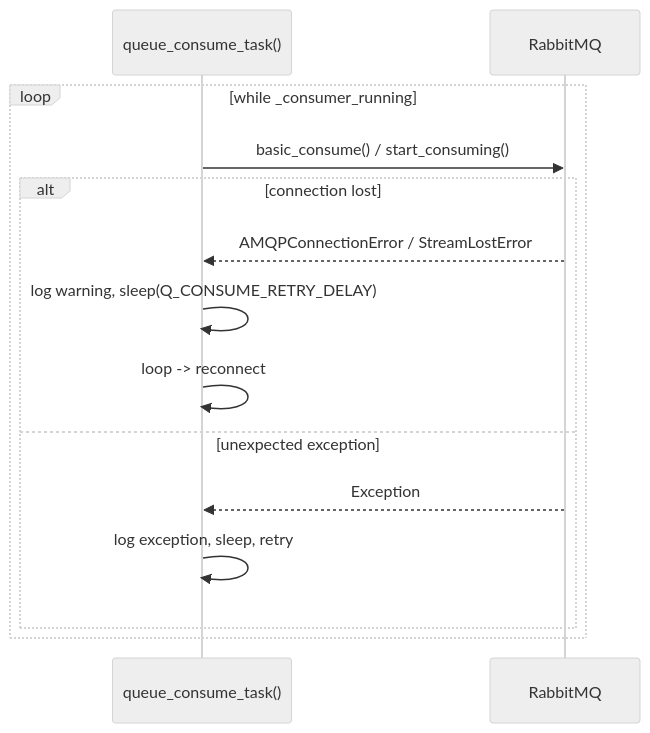
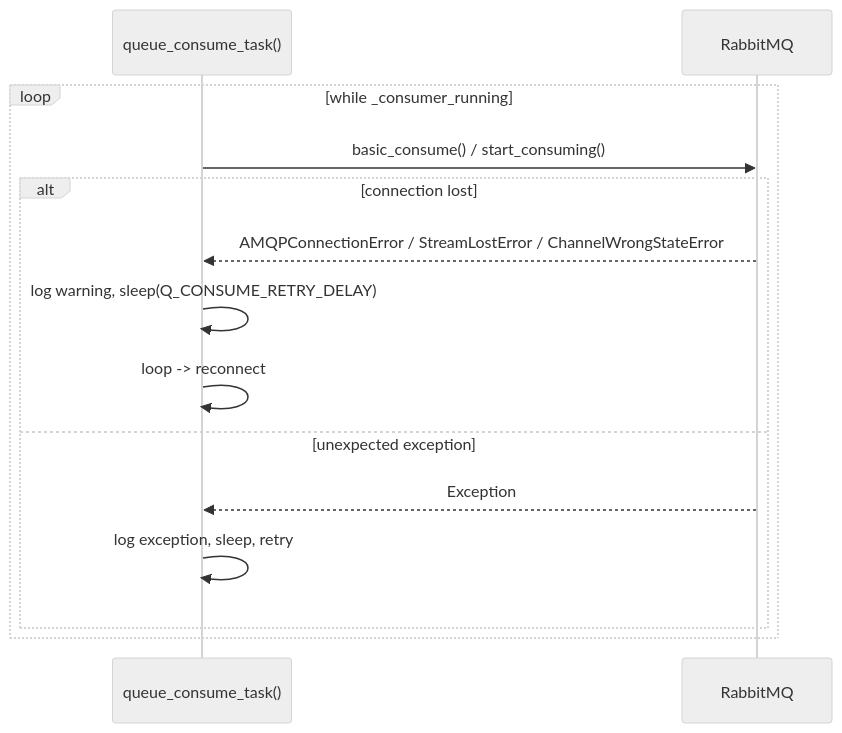
Diagram 30 of 35 in telegram_gateway/CODE_SEQUENCE_DIAGRAM.md (SorinoSSK/server-ai-chatbot-setup), drawn with Mermaid (neutral theme) before and after one commit. The commit also changed other lines of this file and 3 other files, not shown here.

````diff
--- a/telegram_gateway/CODE_SEQUENCE_DIAGRAM.md
+++ b/telegram_gateway/CODE_SEQUENCE_DIAGRAM.md
@@ -922,17 +927,17 @@
 ```mermaid
 sequenceDiagram
     participant Consumer as queue_consume_task()
     participant MQ as RabbitMQ
 
     loop while _consumer_running
         Consumer->>MQ: basic_consume() / start_consuming()
         alt connection lost
-            MQ-->>Consumer: AMQPConnectionError / StreamLostError
+            MQ-->>Consumer: AMQPConnectionError / StreamLostError / ChannelWrongStateError
             Consumer->>Consumer: log warning, sleep(Q_CONSUME_RETRY_DELAY)
             Consumer->>Consumer: loop -> reconnect
         else unexpected exception
             MQ-->>Consumer: Exception
             Consumer->>Consumer: log exception, sleep, retry
         end
     end
 ```
````
